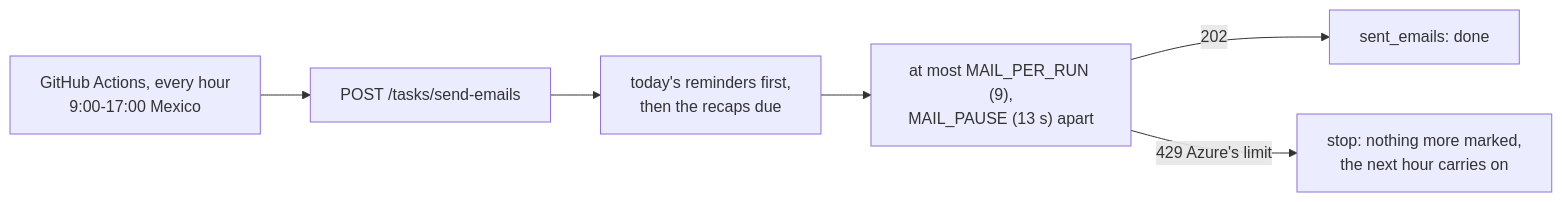
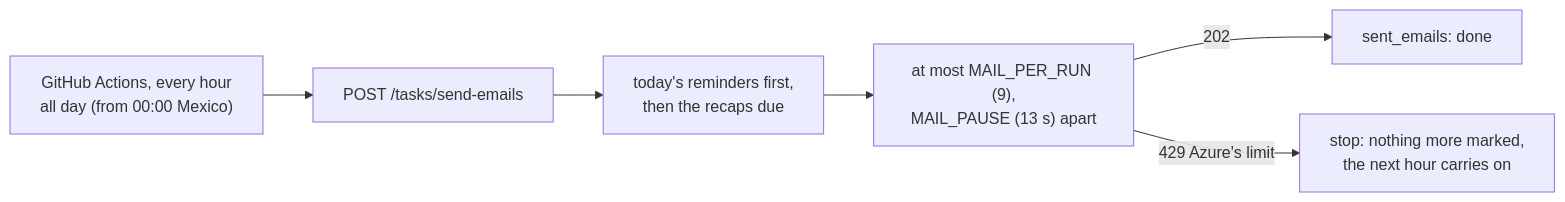
Before and after one commit to Sorrycion/PadelScore: the second of 2 diagrams in docs/processes/EMAIL.md, drawn with Mermaid. The commit also changed other lines of this file and 3 other files, not shown here.

First line of the commit message:
Emails every hour from 00:00 Mexico, until all are sent; Mexico's date

````diff
--- a/docs/processes/EMAIL.md
+++ b/docs/processes/EMAIL.md
@@ -109,8 +109,8 @@
 ```mermaid
 flowchart LR
-    C["GitHub Actions, every hour<br/>9:00-17:00 Mexico"] --> T["POST /tasks/send-emails"]
+    C["GitHub Actions, every hour<br/>all day (from 00:00 Mexico)"] --> T["POST /tasks/send-emails"]
     T --> R["today's reminders first,<br/>then the recaps due"]
     R --> P["at most MAIL_PER_RUN (9),<br/>MAIL_PAUSE (13 s) apart"]
     P -- "202" --> S["sent_emails: done"]
     P -- "429 Azure's limit" --> X["stop: nothing more marked,<br/>the next hour carries on"]
 ```
````
